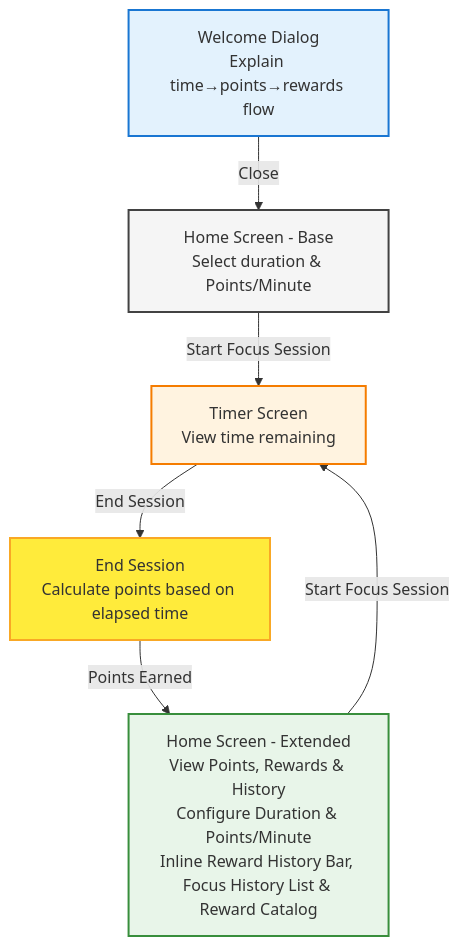
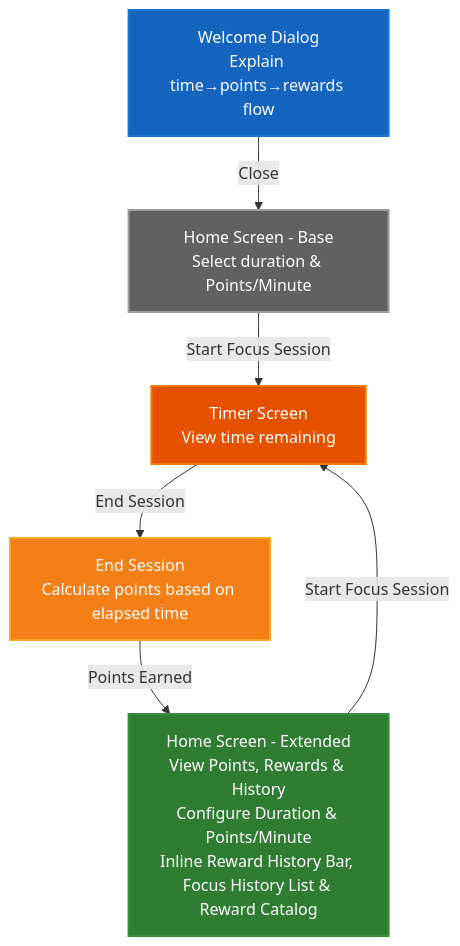
One commit to michellekli/PomoExchange changed the diagram in design.md. Above: the diagram before and after it, drawn with Mermaid.

Commit message:
Make mermaid flowchart text readable

````diff
--- a/design.md
+++ b/design.md
@@ -101,30 +101,30 @@
 ```mermaid
 flowchart TD
    %% Define styles
-   classDef welcome fill:#e3f2fd,stroke:#1976d2,stroke-width:2px
-   classDef homeBase fill:#f5f5f5,stroke:#424242,stroke-width:2px
-   classDef timer fill:#fff3e0,stroke:#f57c00,stroke-width:2px
-   classDef homeExtended fill:#e8f5e9,stroke:#388e3c,stroke-width:2px
-   classDef action fill:#ffeb3b,stroke:#f9a825,stroke-width:2px
+   classDef welcome fill:#1565c0,stroke:#1976d2,stroke-width:2px,color:#fff
+   classDef homeBase fill:#616161,stroke:#9e9e9e,stroke-width:2px,color:#fff
+   classDef timer fill:#e65100,stroke:#f57c00,stroke-width:2px,color:#fff
+   classDef homeExtended fill:#2e7d32,stroke:#388e3c,stroke-width:2px,color:#fff
+   classDef action fill:#f57f17,stroke:#f9a825,stroke-width:2px,color:#fff
 
    %% Welcome Dialog
    Welcome[Welcome Dialog<br/>Explain time→points→rewards flow]:::welcome
    Welcome -->|Close| HomeBase
 
    %% Home Screen - Base
    HomeBase[Home Screen - Base<br/>Select duration & Points/Minute]:::homeBase
    HomeBase -->|Start Focus Session| Timer
 
    %% Timer Screen
    Timer[Timer Screen<br/>View time remaining]:::timer
    Timer -->|End Session| EndSession
 
    %% End Session
    EndSession[End Session<br/>Calculate points based on elapsed time]:::action
     EndSession -->|Points Earned| HomeExtended
 
     %% Home Screen - Extended
     HomeExtended[Home Screen - Extended<br/>View Points, Rewards & History<br/>Configure Duration & Points/Minute<br/>Inline Reward History Bar, Focus History List & Reward Catalog]:::homeExtended
     HomeExtended -->|Start Focus Session| Timer
 
 ```
````
